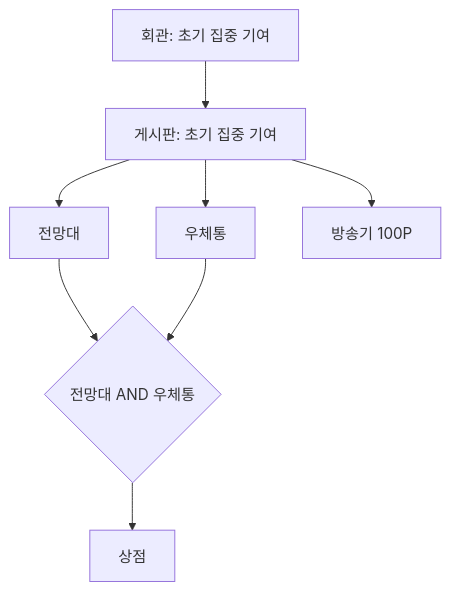
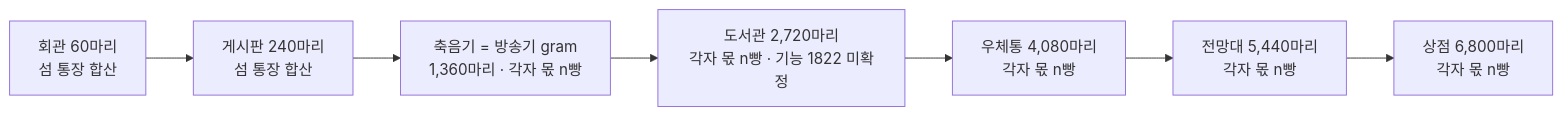
Before and after one commit to OneOrThree/phone: the second of 3 diagrams in docs/prd/fishcat/island-construction/high-level-design.md, drawn with Mermaid. The commit also changed other lines of this file and 25 other files, not shown here.

````diff
--- a/docs/prd/fishcat/island-construction/high-level-design.md
+++ b/docs/prd/fishcat/island-construction/high-level-design.md
@@ -19,10 +19,9 @@
 ```mermaid
-flowchart TD
-  Hall[회관: 초기 집중 기여] --> Board[게시판: 초기 집중 기여]
-  Board --> Tower[전망대]
-  Board --> Mail[우체통]
-  Board --> Gram[방송기 100P]
-  Tower --> Both{전망대 AND 우체통}
-  Mail --> Both
-  Both --> Shop[상점]
+flowchart LR
+  Hall[회관 60마리<br/>섬 통장 합산] --> Board[게시판 240마리<br/>섬 통장 합산]
+  Board --> Gram[축음기 = 방송기 gram<br/>1,360마리 · 각자 몫 n빵]
+  Gram --> Library[도서관 2,720마리<br/>각자 몫 n빵 · 기능 1822 미확정]
+  Library --> Mail[우체통 4,080마리<br/>각자 몫 n빵]
+  Mail --> Tower[전망대 5,440마리<br/>각자 몫 n빵]
+  Tower --> Shop[상점 6,800마리<br/>각자 몫 n빵]
 ```
````
